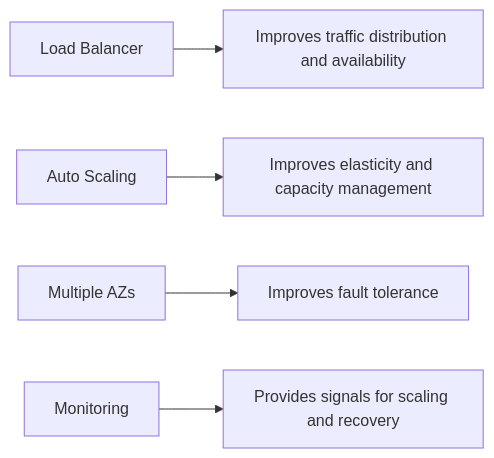
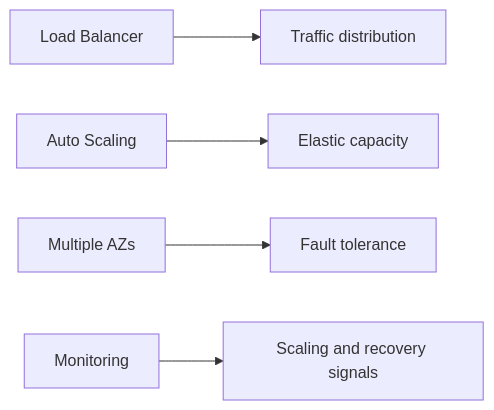
Before and after one commit to AvadhBhalodiya/Interview-Preparation: the third of 15 diagrams in src/content/devops/load-balancing-auto-scaling.md, drawn with Mermaid. The commit also changed other lines of this file and 54 other files, not shown here.

````diff
--- a/src/content/devops/load-balancing-auto-scaling.md
+++ b/src/content/devops/load-balancing-auto-scaling.md
@@ -99,7 +133,7 @@
 ```mermaid
 flowchart LR
-    LB[Load Balancer] --> LB1[Improves traffic distribution and availability]
-    AS[Auto Scaling] --> AS1[Improves elasticity and capacity management]
-    AZ[Multiple AZs] --> AZ1[Improves fault tolerance]
-    MON[Monitoring] --> MON1[Provides signals for scaling and recovery]
+    LB[Load Balancer] --> A[Traffic distribution]
+    AS[Auto Scaling] --> E[Elastic capacity]
+    AZ[Multiple AZs] --> F[Fault tolerance]
+    CW[Monitoring] --> S[Scaling and recovery signals]
 ```
````
